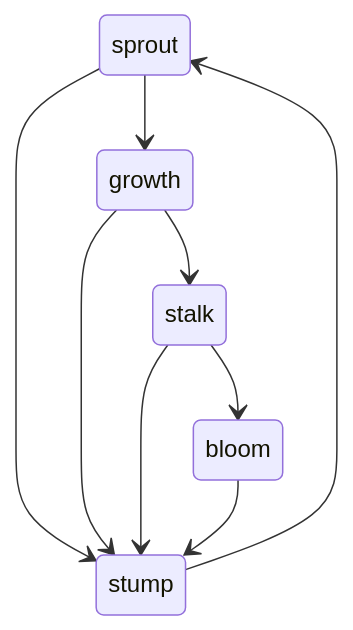
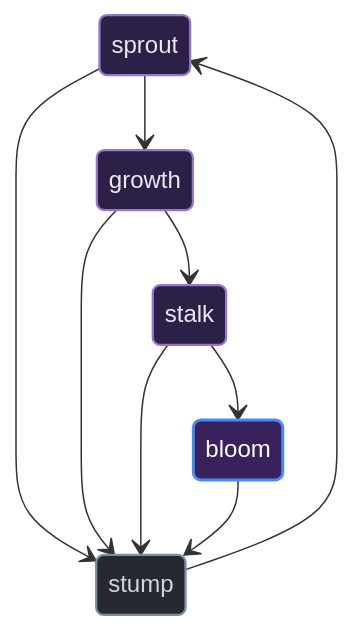
Before and after one commit to chinchalinchin/ontology: the diagram in docs/static/mmd/executor-annual-transitions.mmd, drawn with Mermaid. The commit also changed 6 other files, not shown here.

Commit message:
styling diagrams

```diff
--- a/docs/static/mmd/executor-annual-transitions.mmd
+++ b/docs/static/mmd/executor-annual-transitions.mmd
@@ -1,9 +1,17 @@
 stateDiagram-v2
+    classDef growth fill:#2d2047,stroke:#9575cd,stroke-width:1.5px,color:#ede7f6
+    classDef peak fill:#39215c,stroke:#448aff,stroke-width:2px,color:#ffffff
+    classDef residue fill:#262930,stroke:#78909c,stroke-width:1.5px,color:#cfd8dc
+
     sprout --> growth
     sprout --> stump
     growth --> stalk
     growth --> stump
     stalk --> bloom
     stalk --> stump
     bloom --> stump
     stump --> sprout
+
+    class sprout,growth,stalk growth
+    class bloom peak
+    class stump residue
```
